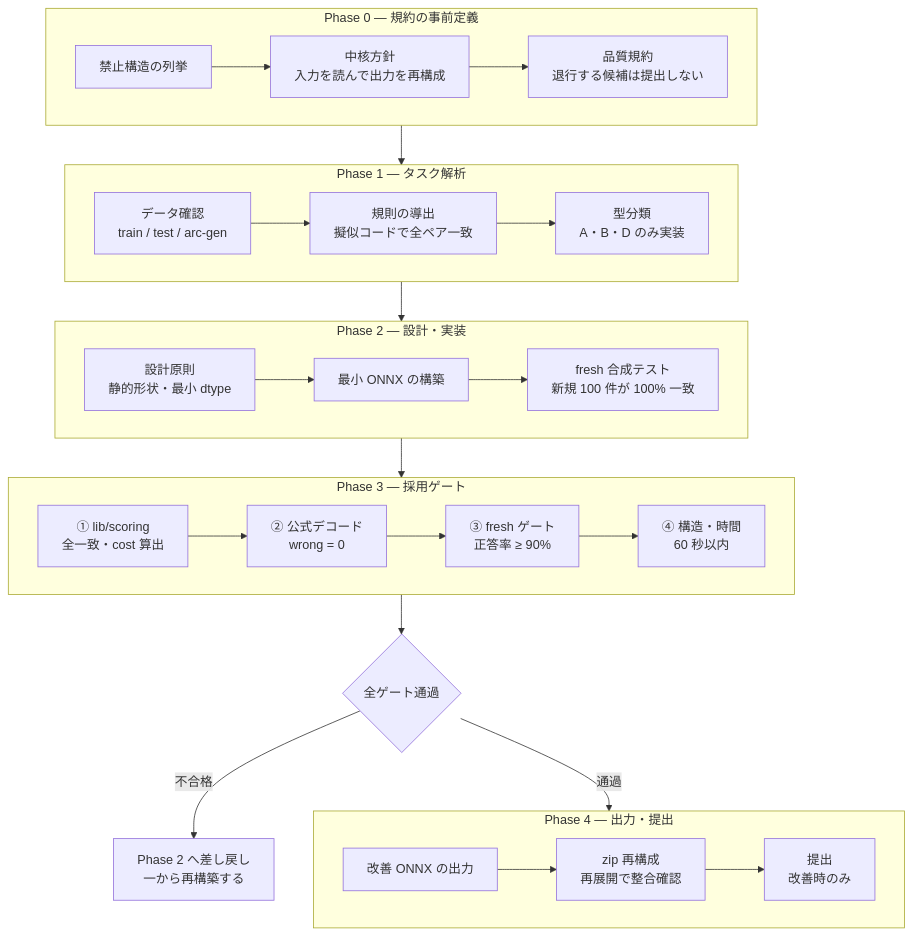
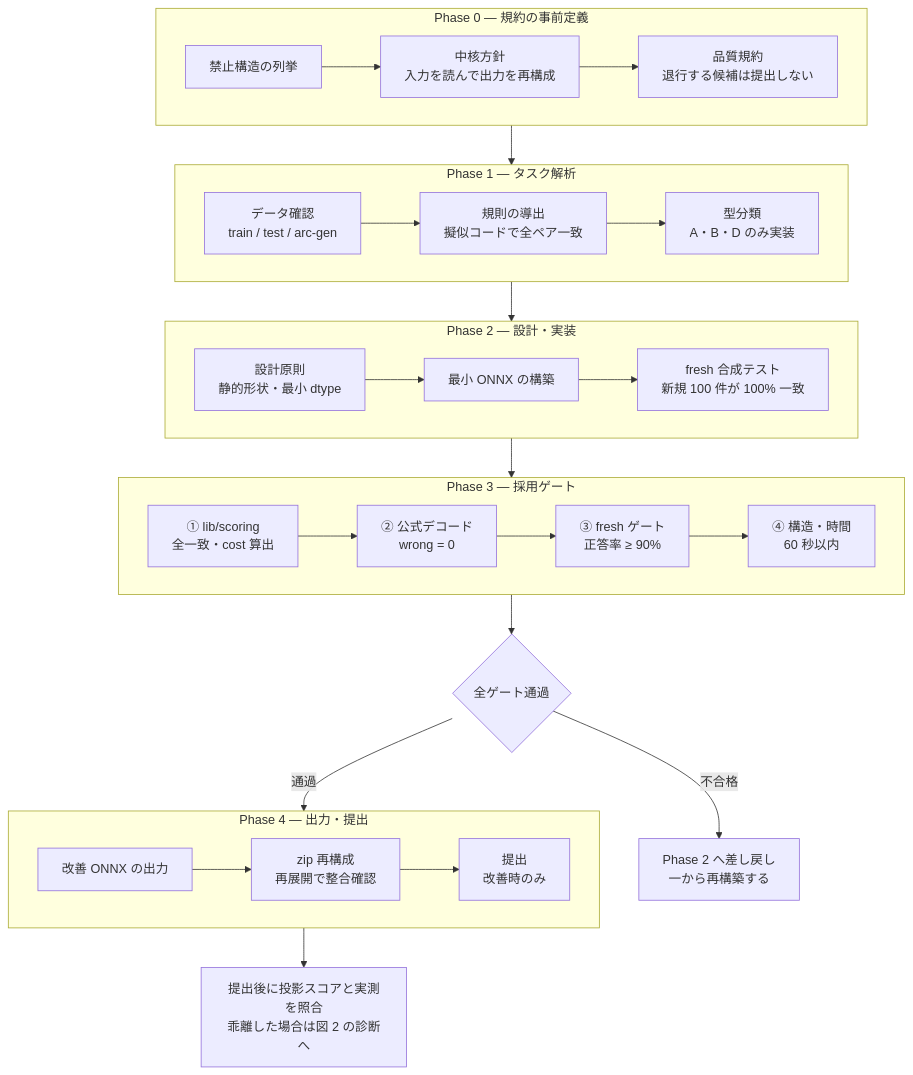
Before and after one commit to Kimurist2024/neurogolf-solution: the first of 2 diagrams in README.md, drawn with Mermaid. The commit also changed other lines of this file, not shown here.

First line of the commit message:
docs: 提出後の原因タスク特定フロー(図2)を追加

````diff
--- a/README.md
+++ b/README.md
@@ -118,32 +118,33 @@
 ```mermaid
 flowchart TB
     subgraph P0["Phase 0 — 規約の事前定義"]
         direction LR
         P0a["禁止構造の列挙"] --> P0b["中核方針<br/>入力を読んで出力を再構成"] --> P0c["品質規約<br/>退行する候補は提出しない"]
     end
 
     subgraph P1["Phase 1 — タスク解析"]
         direction LR
         P1a["データ確認<br/>train / test / arc-gen"] --> P1b["規則の導出<br/>擬似コードで全ペア一致"] --> P1c["型分類<br/>A・B・D のみ実装"]
     end
 
     subgraph P2["Phase 2 — 設計・実装"]
         direction LR
         P2a["設計原則<br/>静的形状・最小 dtype"] --> P2b["最小 ONNX の構築"] --> P2c["fresh 合成テスト<br/>新規 100 件が 100% 一致"]
     end
 
     subgraph P3["Phase 3 — 採用ゲート"]
         direction LR
         G1["① lib/scoring<br/>全一致・cost 算出"] --> G2["② 公式デコード<br/>wrong = 0"] --> G3["③ fresh ゲート<br/>正答率 ≥ 90%"] --> G4["④ 構造・時間<br/>60 秒以内"]
     end
 
     subgraph P4["Phase 4 — 出力・提出"]
         direction LR
         P4a["改善 ONNX の出力"] --> P4b["zip 再構成<br/>再展開で整合確認"] --> P4c["提出<br/>改善時のみ"]
     end
 
     P0 --> P1 --> P2 --> P3
     P3 --> D{"全ゲート通過"}
     D -- "通過" --> P4
     D -- "不合格" --> R["Phase 2 へ差し戻し<br/>一から再構築する"]
+    P4 --> V["提出後に投影スコアと実測を照合<br/>乖離した場合は図 2 の診断へ"]
 ```
````
